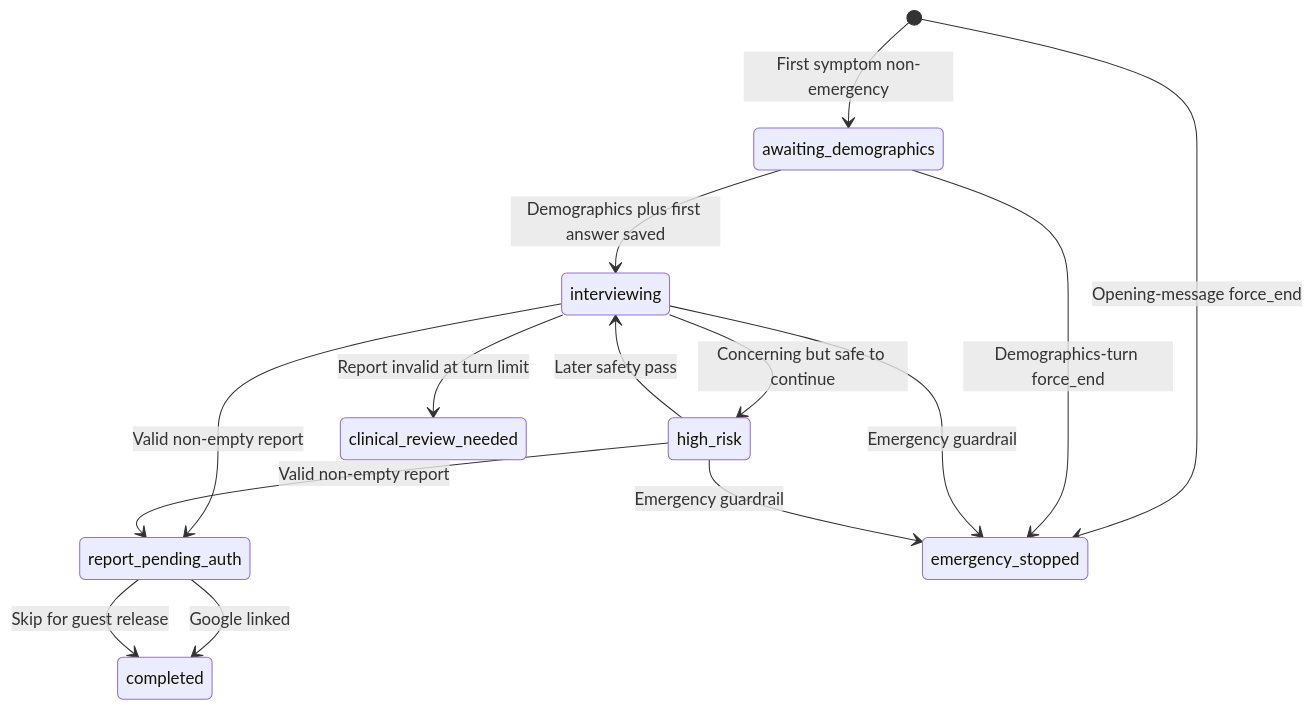
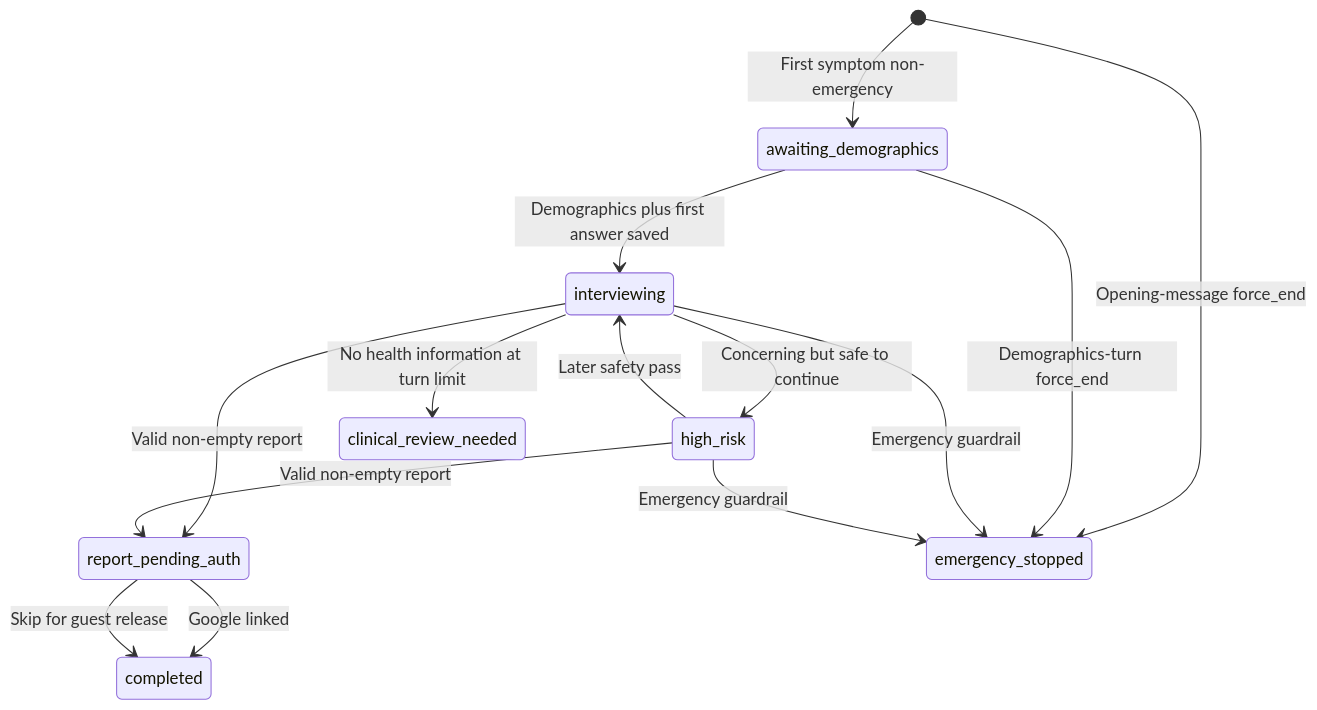
Before and after one commit to sakshamagrawal1993/saksham-agrawal-Portfolio-2: the diagram in docs/libertymd/CARE-ARCHITECTURE.md, drawn with Mermaid. The commit also changed other lines of this file and 50 other files, not shown here.

````diff
--- a/docs/libertymd/CARE-ARCHITECTURE.md
+++ b/docs/libertymd/CARE-ARCHITECTURE.md
@@ -24,16 +24,16 @@
 ```mermaid
 stateDiagram-v2
     [*] --> awaiting_demographics: First symptom non-emergency
     awaiting_demographics --> interviewing: Demographics plus first answer saved
     interviewing --> high_risk: Concerning but safe to continue
     high_risk --> interviewing: Later safety pass
     interviewing --> report_pending_auth: Valid non-empty report
     high_risk --> report_pending_auth: Valid non-empty report
     report_pending_auth --> completed: Google linked
     report_pending_auth --> completed: Skip for guest release
     [*] --> emergency_stopped: Opening-message force_end
     awaiting_demographics --> emergency_stopped: Demographics-turn force_end
     interviewing --> emergency_stopped: Emergency guardrail
     high_risk --> emergency_stopped: Emergency guardrail
-    interviewing --> clinical_review_needed: Report invalid at turn limit
+    interviewing --> clinical_review_needed: No health information at turn limit
 ```
````
